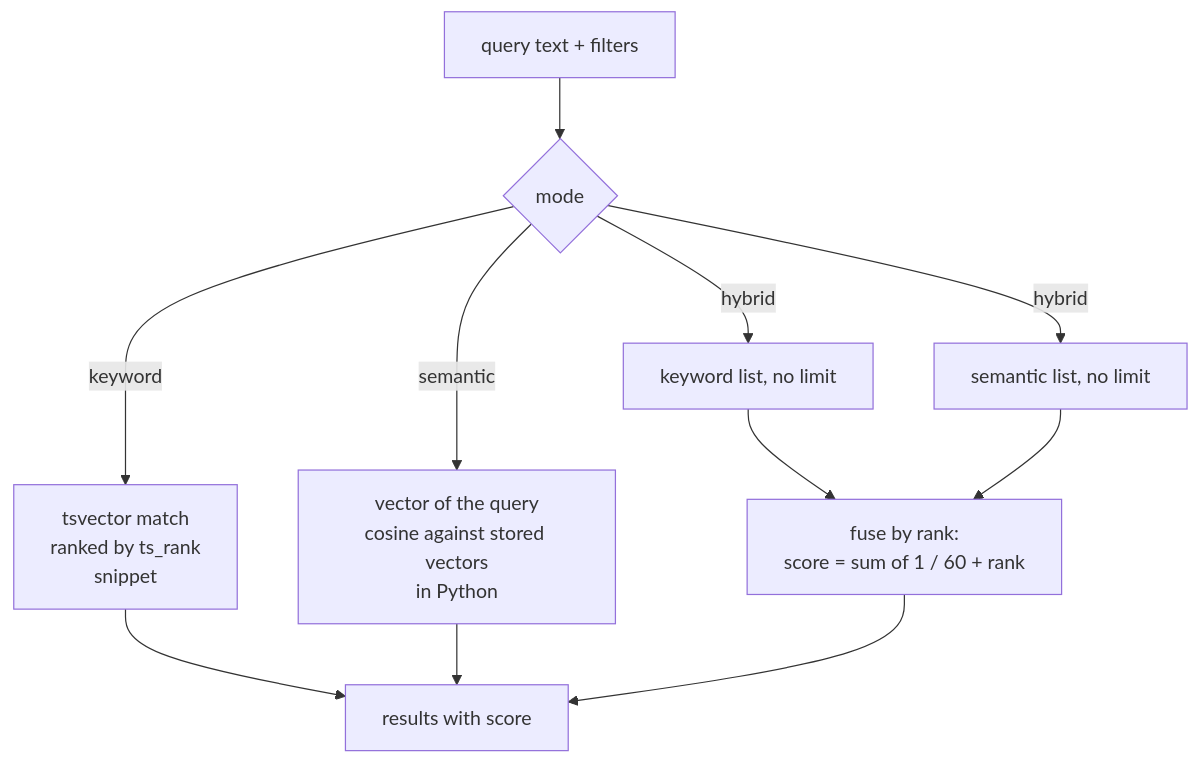
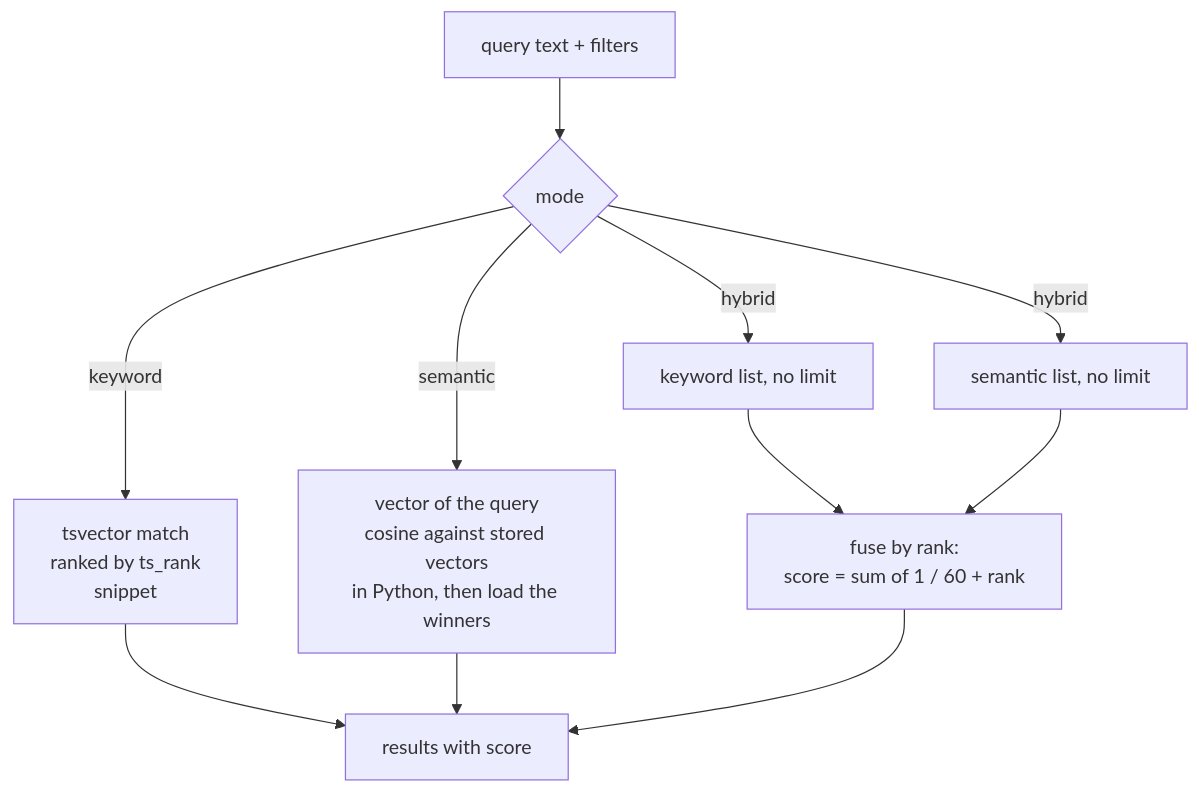
One commit to kdop/agent-memory changed the sixth of 8 diagrams in ARCHITECTURE.md. Above: the diagram before and after it, drawn with Mermaid. The commit also changed other lines of this file and 2 other files, not shown here.

````diff
--- a/ARCHITECTURE.md
+++ b/ARCHITECTURE.md
@@ -186,13 +186,13 @@
 ```mermaid
 flowchart TD
     Q[query text + filters] --> MODE{mode}
     MODE -- keyword --> K[tsvector match<br/>ranked by ts_rank<br/>snippet]
-    MODE -- semantic --> S[vector of the query<br/>cosine against stored vectors<br/>in Python]
+    MODE -- semantic --> S[vector of the query<br/>cosine against stored vectors<br/>in Python, then load the winners]
     MODE -- hybrid --> K2[keyword list, no limit]
     MODE -- hybrid --> S2[semantic list, no limit]
     K2 --> F[fuse by rank:<br/>score = sum of 1 / 60 + rank]
     S2 --> F
     K --> OUT[results with score]
     S --> OUT
     F --> OUT
 ```
````
